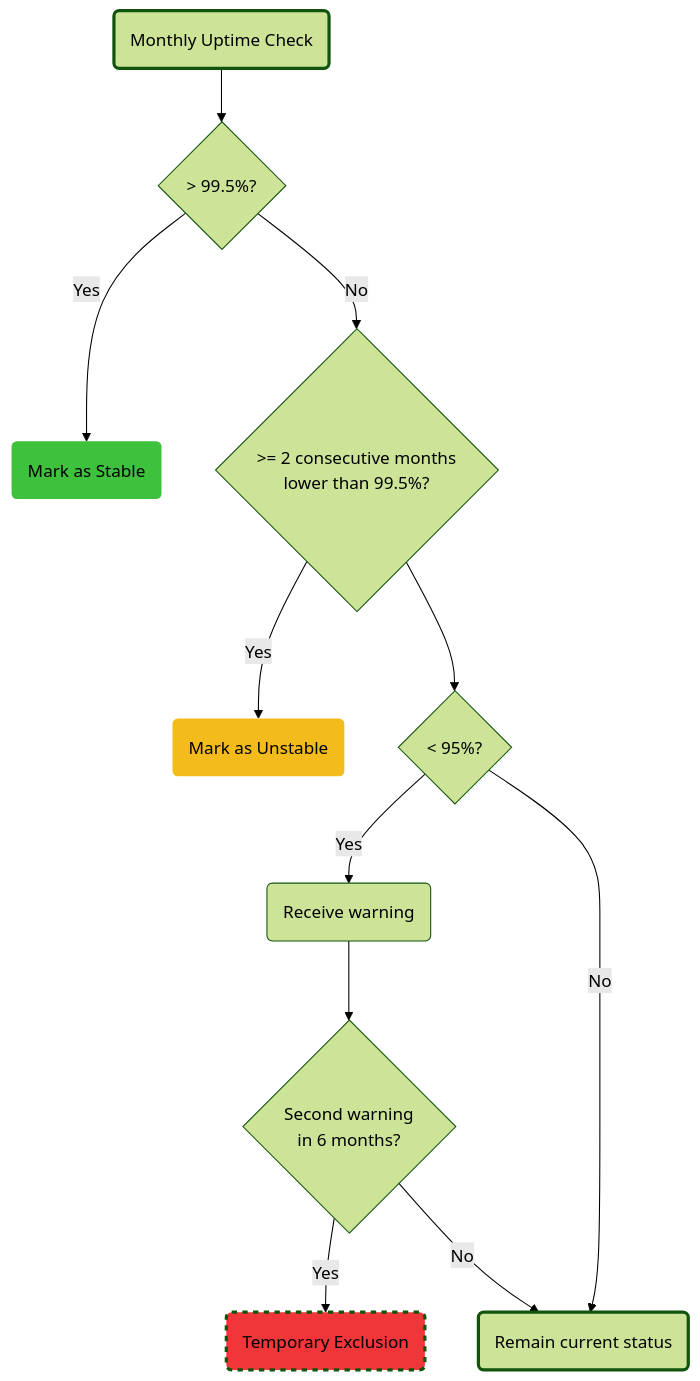
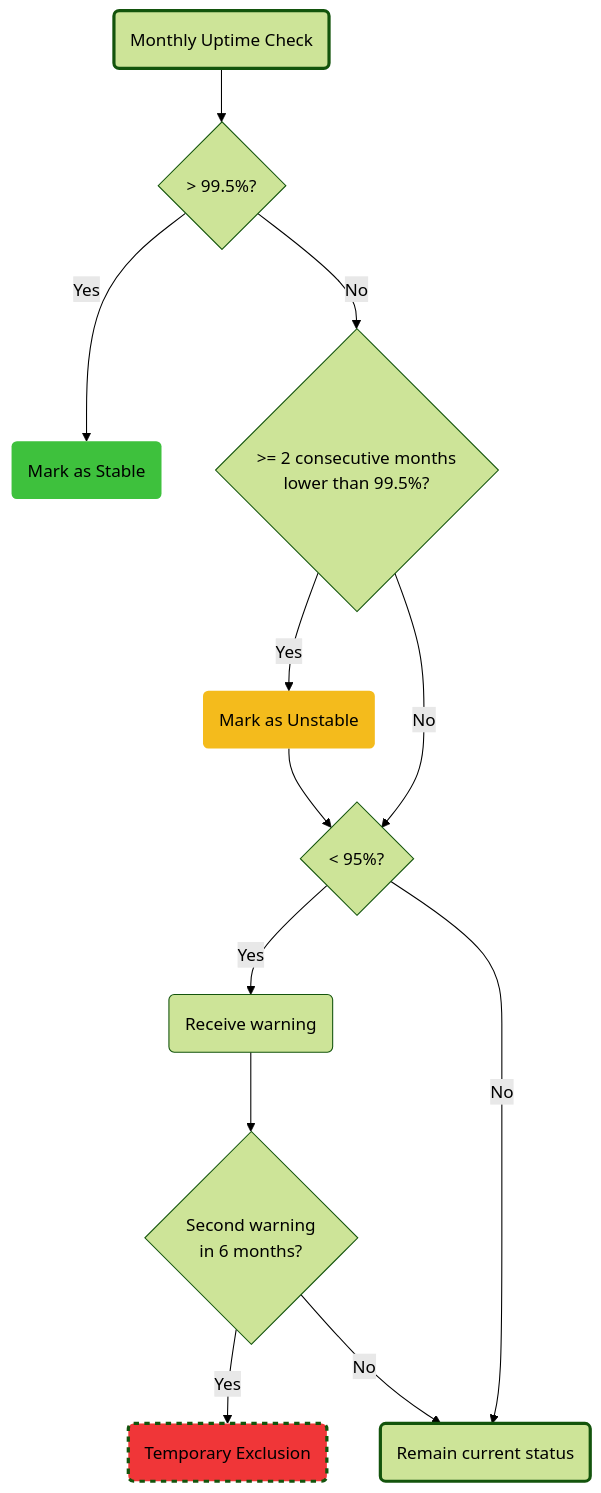
Before and after one commit to eu-cdse/documentation: the diagram in APIs/openEO/federation/backends/contract.qmd, drawn with Mermaid (forest theme).

Commit message:
federation: fix for chart

````diff
--- a/APIs/openEO/federation/backends/contract.qmd
+++ b/APIs/openEO/federation/backends/contract.qmd
@@ -80,21 +80,22 @@
 ```{mermaid}
 %%| label: fig-uptime-flow
 %%| fig-cap: "Monthly uptime evaluation flow"
 %%| fig-align: "center"
 graph TD
     B(Monthly Uptime Check):::focus --> C{> 99.5%?}
     C -->|Yes| G(Mark as Stable):::stable
     C -->|No| D{">= 2 consecutive months <br/> lower than 99.5%?"}
     D -->|Yes| H(Mark as Unstable):::unstable
-    D --> E{"< 95%?"}
+    H --> E
+    D -->|No | E{"< 95%?"}
     E -->|Yes| I(Receive warning)
     E -->|No| M
     I --> J{Second warning<br/> in 6 months?}
     J -->|Yes| K(Temporary Exclusion):::exclusion
     J -->|No| M(Remain current status):::focus
 
     classDef focus stroke-width:3px
     classDef stable fill:#3ec13d,;stroke-width:0px
     classDef unstable fill:#f4bb1c,;stroke-width:0px
     classDef exclusion fill:#f03638,stroke-width:3px,stroke-dasharray: 5 5
 ```
````
